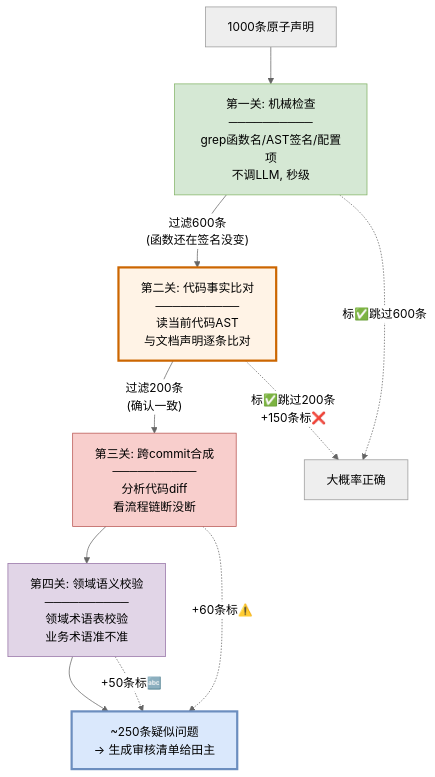
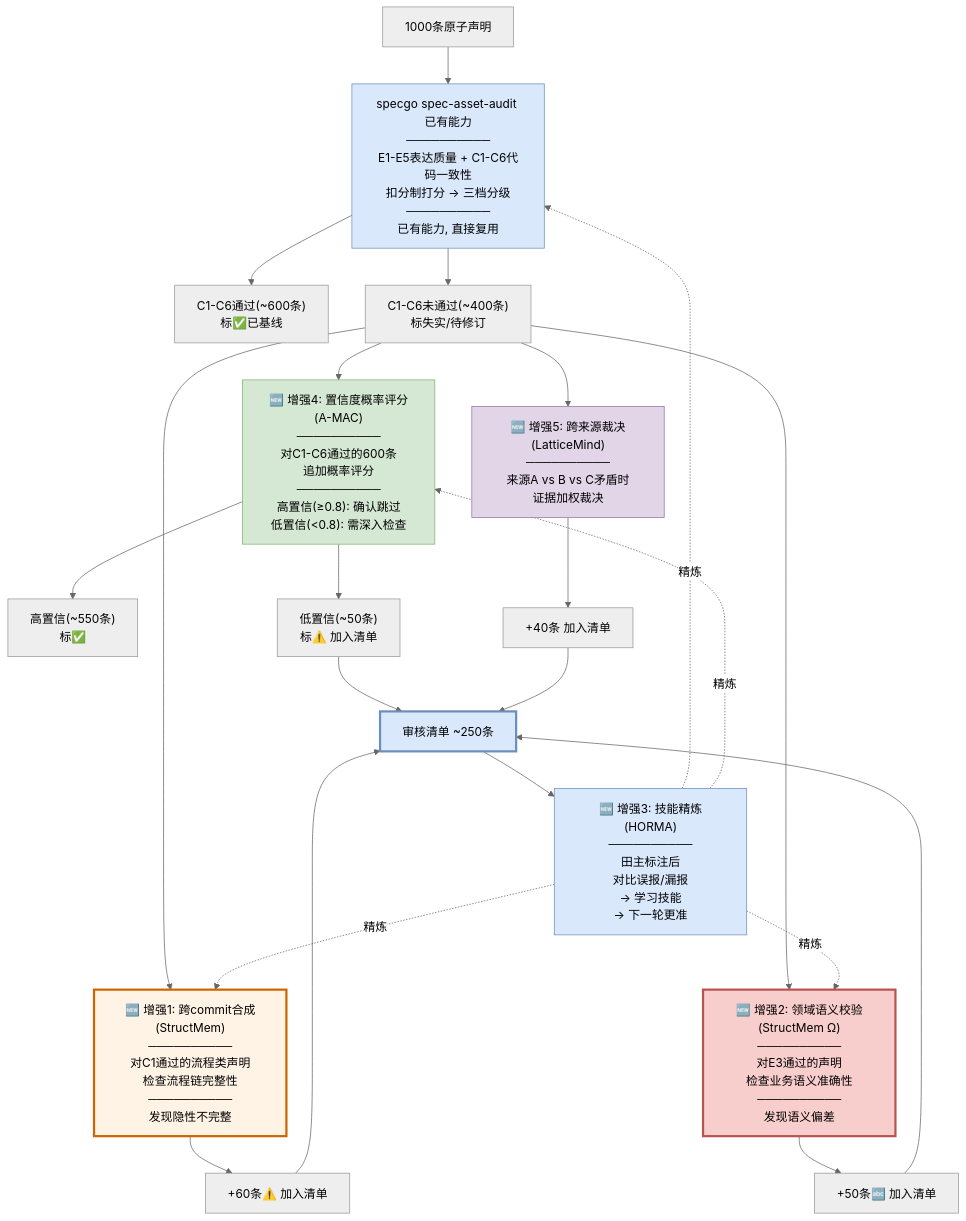
One commit to hututuxinyu/Memory changed the second of 2 diagrams in POC/存量知识资产治理完整解决方案.md. Above: the diagram before and after it, drawn with Mermaid (neutral theme). The commit also changed other lines of this file, not shown here.

Commit message:
feat: rebuild solution on specgo spec-asset-audit foundation - 5 paper technologies as enhancements (C7 cross-commit synthesis, E6 domain semantic, skill refinement, confidence scoring, multi-source arbitration) on top of existing E1-E5/C1-C6 rules

````diff
--- a/POC/存量知识资产治理完整解决方案.md
+++ b/POC/存量知识资产治理完整解决方案.md
@@ -285,19 +424,42 @@
 ```mermaid
 flowchart TD
-    A["1000条原子声明"] --> Q1["第一关: 机械检查<br/>──────────<br/>grep函数名/AST签名/配置项<br/>不调LLM, 秒级"]
-    Q1 -->|"过滤600条<br/>(函数还在签名没变)"| Q2["第二关: 代码事实比对<br/>──────────<br/>读当前代码AST<br/>与文档声明逐条比对"]
-    Q2 -->|"过滤200条<br/>(确认一致)"| Q3["第三关: 跨commit合成<br/>──────────<br/>分析代码diff<br/>看流程链断没断"]
-    Q3 --> Q4["第四关: 领域语义校验<br/>──────────<br/>领域术语表校验<br/>业务术语准不准"]
-    Q4 --> R["~250条疑似问题<br/>→ 生成审核清单给田主"]
+    A["1000条原子声明"] 
     
-    Q1 -.->|"标✅跳过600条"| Pass["大概率正确"]
-    Q2 -.->|"标✅跳过200条<br>+150条标❌"| Pass
-    Q3 -.->|"+60条标⚠️"| R
-    Q4 -.->|"+50条标🔤"| R
+    A --> B["specgo spec-asset-audit 已有能力<br/>──────────<br/>E1-E5表达质量 + C1-C6代码一致性<br/>扣分制打分 → 三档分级<br/>──────────<br/>已有能力, 直接复用"]
+    
+    B --> B1["C1-C6通过(~600条)<br/>标✅已基线"]
+    B --> B2["C1-C6未通过(~400条)<br/>标失实/待修订"]
+    
+    B2 --> C["🆕 增强4: 置信度概率评分(A-MAC)<br/>──────────<br/>对C1-C6通过的600条<br/>追加概率评分<br/>──────────<br/>高置信(≥0.8): 确认跳过<br/>低置信(<0.8): 需深入检查"]
+    
+    C --> C1["高置信(~550条)<br/>标✅"]
+    C --> C2["低置信(~50条)<br/>标⚠️ 加入清单"]
+    
+    B2 --> D["🆕 增强1: 跨commit合成(StructMem)<br/>──────────<br/>对C1通过的流程类声明<br/>检查流程链完整性<br/>──────────<br/>发现隐性不完整"]
+    D --> D1["+60条⚠️ 加入清单"]
+    
+    B2 --> E["🆕 增强2: 领域语义校验(StructMem Ω)<br/>──────────<br/>对E3通过的声明<br/>检查业务语义准确性<br/>──────────<br/>发现语义偏差"]
+    E --> E1["+50条🔤 加入清单"]
+    
+    B2 --> F["🆕 增强5: 跨来源裁决(LatticeMind)<br/>──────────<br/>来源A vs B vs C矛盾时<br/>证据加权裁决"]
+    F --> F1["+40条 加入清单"]
+    
+    D1 --> G["审核清单 ~250条"]
+    E1 --> G
+    C2 --> G
+    F1 --> G
+    
+    G --> H["🆕 增强3: 技能精炼(HORMA)<br/>──────────<br/>田主标注后<br/>对比误报/漏报<br/>→ 学习技能<br/>→ 下一轮更准"]
+    H -.->|"精炼"| B
+    H -.->|"精炼"| C
+    H -.->|"精炼"| D
+    H -.->|"精炼"| E
 
-    style Q1 fill:#d5e8d4,stroke:#82b366
-    style Q2 fill:#fff3e6,stroke:#cc6600,stroke-width:3px
-    style Q3 fill:#f8cecc,stroke:#b85450
-    style Q4 fill:#e1d5e7,stroke:#9673a6
-    style R fill:#dae8fc,stroke:#6c8ebf,stroke-width:3px
+    style B fill:#dae8fc,stroke:#6c8ebf
+    style C fill:#d5e8d4,stroke:#82b366
+    style D fill:#fff3e6,stroke:#cc6600,stroke-width:3px
+    style E fill:#f8cecc,stroke:#b85450,stroke-width:3px
+    style F fill:#e1d5e7,stroke:#9673a6
+    style H fill:#dae8fc,stroke:#6c8ebf
+    style G fill:#dae8fc,stroke:#6c8ebf,stroke-width:3px
 ```
````
